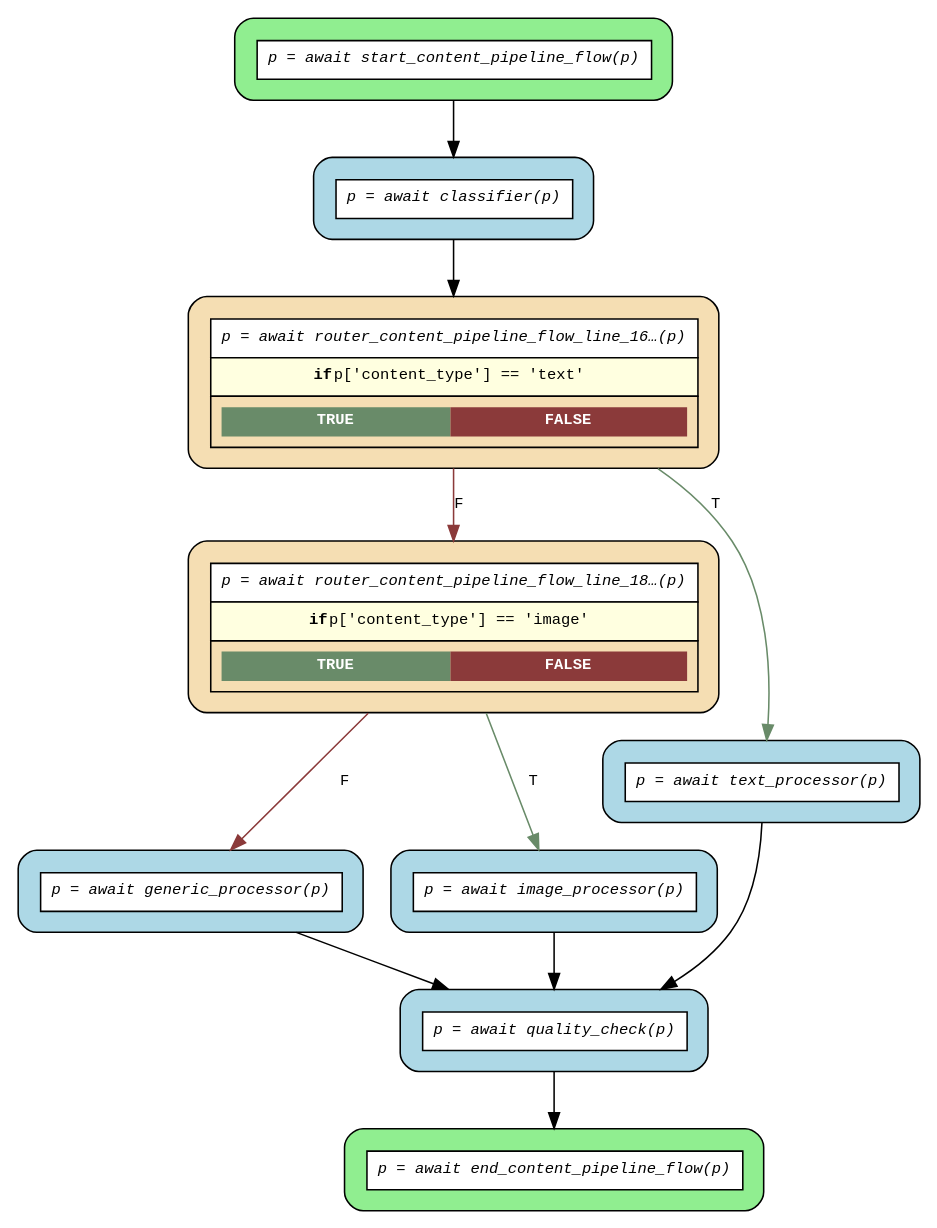
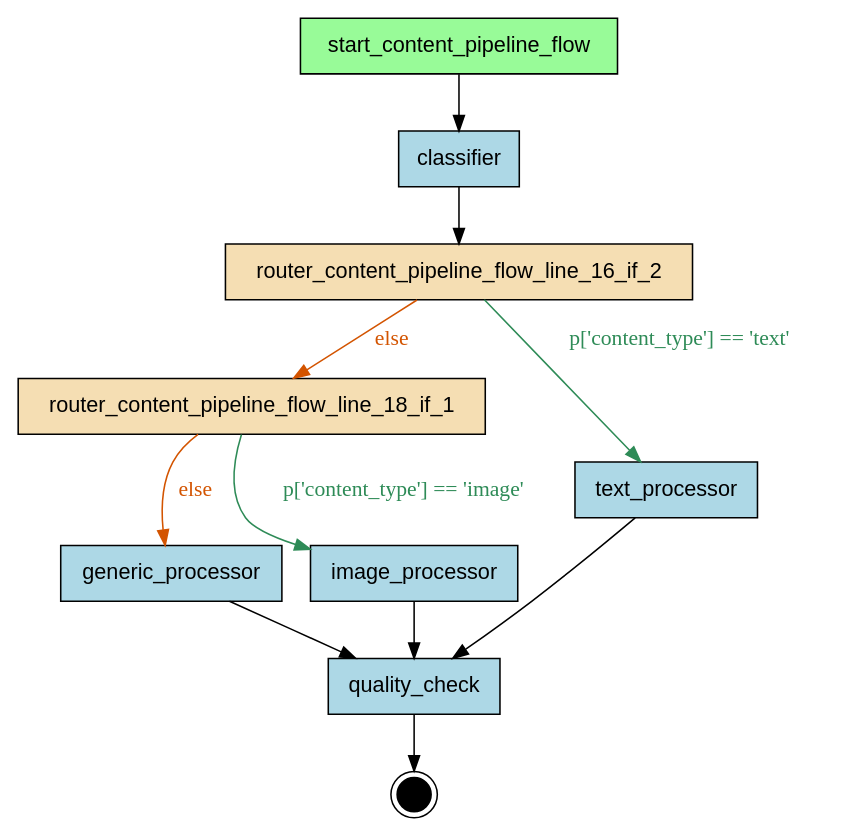
One commit to deliveryhero/asya changed the diagram in examples/flows/compiled/async_conditional/flow.dot. Above: the diagram before and after it, drawn with Graphviz. The commit also changed 413 other files, not shown here.

First line of the commit message:
refactor(compiler): Phase 1 — replace ir/grouper/dotgen with analyzer/graphgen (#337)

```diff
--- a/examples/flows/compiled/async_conditional/flow.dot
+++ b/examples/flows/compiled/async_conditional/flow.dot
@@ -1,27 +1,28 @@
-digraph flow {
-  rankdir=TB;
-  graph [fontname="Courier", fontsize=10];
-  node [fontname="Courier", fontsize=10, shape=box, style="filled,rounded", margin="0.2"];
-  edge [fontname="Courier", fontsize=10];
+digraph "content_pipeline_flow" {
+    rankdir=TB;
+    node [shape=box, style=filled, fontname="Helvetica"];
 
-  start_content_pipeline_flow [fillcolor="lightgreen", group="main", label=<<table border="0" cellspacing="0" cellpadding="6" cellborder="1"><tr><td bgcolor="white" align="center"><i>p = await start_content_pipeline_flow(p)</i></td></tr></table>>];
-  router_content_pipeline_flow_line_18_if [fillcolor="wheat", group="main", label=<<table border="0" cellspacing="0" cellpadding="6" cellborder="1"><tr><td bgcolor="white" align="center"><i>p = await router_content_pipeline_flow_line_18…(p)</i></td></tr><tr><td bgcolor="lightyellow"><b>if</b> p['content_type'] == 'image'</td></tr><tr><td><table border="0" cellspacing="0" cellpadding="4"><tr><td bgcolor="darkseagreen4"><font color="white"><b>TRUE</b></font></td><td bgcolor="indianred4"><font color="white"><b>FALSE</b></font></td></tr></table></td></tr></table>>];
-  router_content_pipeline_flow_line_16_if [fillcolor="wheat", group="main", label=<<table border="0" cellspacing="0" cellpadding="6" cellborder="1"><tr><td bgcolor="white" align="center"><i>p = await router_content_pipeline_flow_line_16…(p)</i></td></tr><tr><td bgcolor="lightyellow"><b>if</b> p['content_type'] == 'text'</td></tr><tr><td><table border="0" cellspacing="0" cellpadding="4"><tr><td bgcolor="darkseagreen4"><font color="white"><b>TRUE</b></font></td><td bgcolor="indianred4"><font color="white"><b>FALSE</b></font></td></tr></table></td></tr></table>>];
-  end_content_pipeline_flow [fillcolor="lightgreen", group="main", label=<<table border="0" cellspacing="0" cellpadding="6" cellborder="1"><tr><td bgcolor="white" align="center"><i>p = await end_content_pipeline_flow(p)</i></td></tr></table>>];
-  classifier [fillcolor="lightblue", label=<<table border="0" cellspacing="0" cellpadding="6" cellborder="1"><tr><td bgcolor="white" align="center"><i>p = await classifier(p)</i></td></tr></table>>];
-  generic_processor [fillcolor="lightblue", label=<<table border="0" cellspacing="0" cellpadding="6" cellborder="1"><tr><td bgcolor="white" align="center"><i>p = await generic_processor(p)</i></td></tr></table>>];
-  image_processor [fillcolor="lightblue", label=<<table border="0" cellspacing="0" cellpadding="6" cellborder="1"><tr><td bgcolor="white" align="center"><i>p = await image_processor(p)</i></td></tr></table>>];
-  quality_check [fillcolor="lightblue", label=<<table border="0" cellspacing="0" cellpadding="6" cellborder="1"><tr><td bgcolor="white" align="center"><i>p = await quality_check(p)</i></td></tr></table>>];
-  text_processor [fillcolor="lightblue", label=<<table border="0" cellspacing="0" cellpadding="6" cellborder="1"><tr><td bgcolor="white" align="center"><i>p = await text_processor(p)</i></td></tr></table>>];
+    { rank=source; start_content_pipeline_flow; }
 
-  classifier -> router_content_pipeline_flow_line_16_if;
-  generic_processor -> quality_check;
-  image_processor -> quality_check;
-  quality_check -> end_content_pipeline_flow;
-  router_content_pipeline_flow_line_16_if -> router_content_pipeline_flow_line_18_if [label="F", color=indianred4];
-  router_content_pipeline_flow_line_16_if -> text_processor [label="T", color=darkseagreen4];
-  router_content_pipeline_flow_line_18_if -> generic_processor [label="F", color=indianred4];
-  router_content_pipeline_flow_line_18_if -> image_processor [label="T", color=darkseagreen4];
-  start_content_pipeline_flow -> classifier;
-  text_processor -> quality_check;
+    classifier [label="classifier", fillcolor=lightblue];
+    generic_processor [label="generic_processor", fillcolor=lightblue];
+    image_processor [label="image_processor", fillcolor=lightblue];
+    quality_check [label="quality_check", fillcolor=lightblue];
+    router_content_pipeline_flow_line_16_if_2 [label="router_content_pipeline_flow_line_16_if_2", fillcolor=wheat];
+    router_content_pipeline_flow_line_18_if_1 [label="router_content_pipeline_flow_line_18_if_1", fillcolor=wheat];
+    start_content_pipeline_flow [label="start_content_pipeline_flow", fillcolor=palegreen];
+    text_processor [label="text_processor", fillcolor=lightblue];
+
+    __end__ [label="", shape=doublecircle, fillcolor=black, width=0.3, fixedsize=true];
+
+    start_content_pipeline_flow -> classifier;
+    classifier -> router_content_pipeline_flow_line_16_if_2;
+    router_content_pipeline_flow_line_18_if_1 -> image_processor [label="p['content_type'] == 'image'", color="#2E8B57", fontcolor="#2E8B57"];
+    router_content_pipeline_flow_line_18_if_1 -> generic_processor [label="else", color="#D35400", fontcolor="#D35400"];
+    router_content_pipeline_flow_line_16_if_2 -> text_processor [label="p['content_type'] == 'text'", color="#2E8B57", fontcolor="#2E8B57"];
+    text_processor -> quality_check;
+    router_content_pipeline_flow_line_16_if_2 -> router_content_pipeline_flow_line_18_if_1 [label="else", color="#D35400", fontcolor="#D35400"];
+    image_processor -> quality_check;
+    generic_processor -> quality_check;
+    quality_check -> __end__;
 }
```
